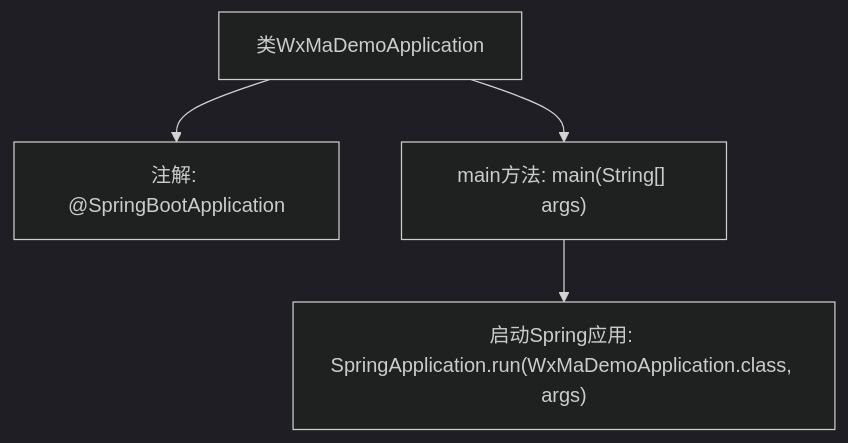
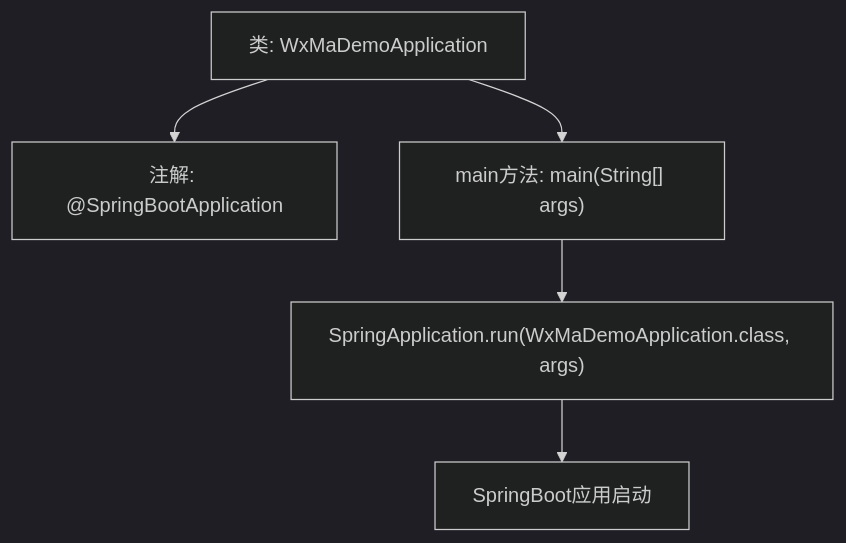
One commit to v-wjrong/imrrong_weixin-java-miniapp-demo changed the second of 2 diagrams in docs/zh/docs/src/main/java/com/github/binarywang/demo/wx/miniapp/WxMaDemoApplication.md. Above: the diagram before and after it, drawn with Mermaid (dark theme). The commit also changed other lines of this file and 51 other files, not shown here.

````diff
--- a/docs/zh/docs/src/main/java/com/github/binarywang/demo/wx/miniapp/WxMaDemoApplication.md
+++ b/docs/zh/docs/src/main/java/com/github/binarywang/demo/wx/miniapp/WxMaDemoApplication.md
@@ -53,11 +64,13 @@
 ```mermaid
 graph TD
-    A["类WxMaDemoApplication"]
+    A["类: WxMaDemoApplication"]
     B["注解: @SpringBootApplication"]
     C["main方法: main(String[] args)"]
-    D["启动Spring应用: SpringApplication.run(WxMaDemoApplication.class, args)"]
-
+    D["SpringApplication.run(WxMaDemoApplication.class, args)"]
+    E["SpringBoot应用启动"]
+    
     A --> B
     A --> C
     C --> D
+    D --> E
 ```
````
